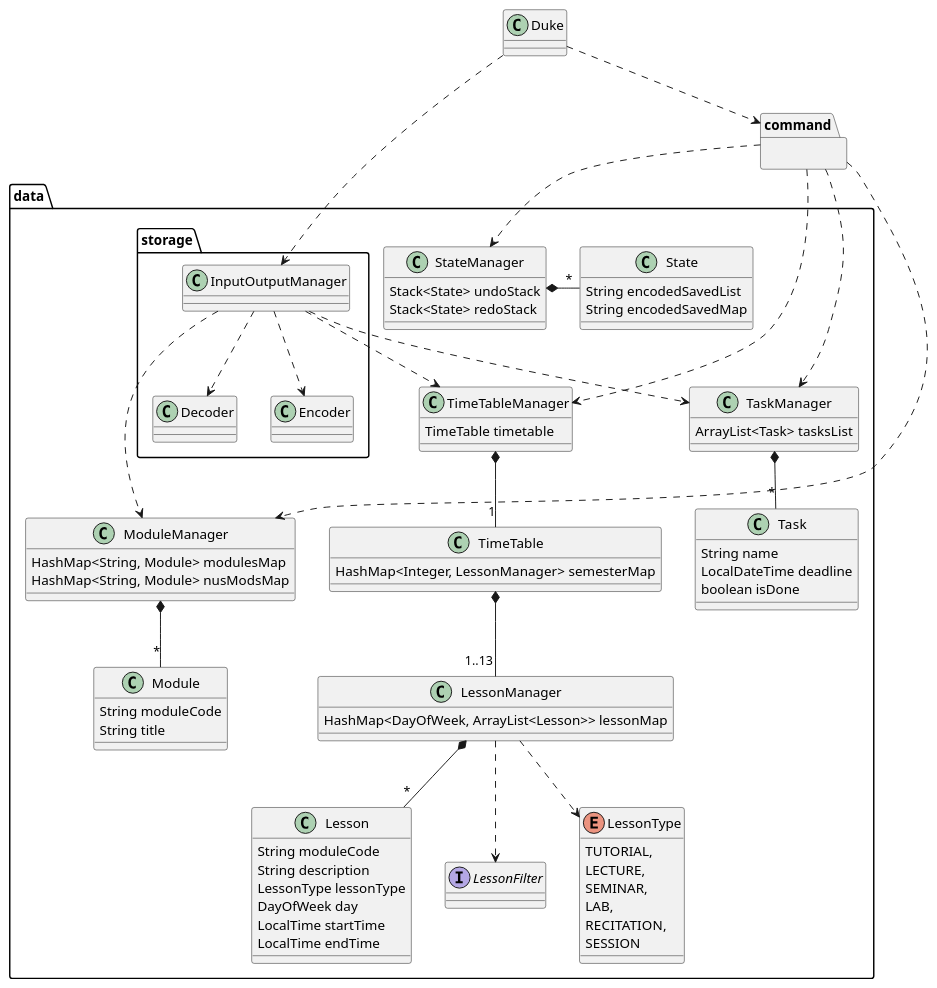
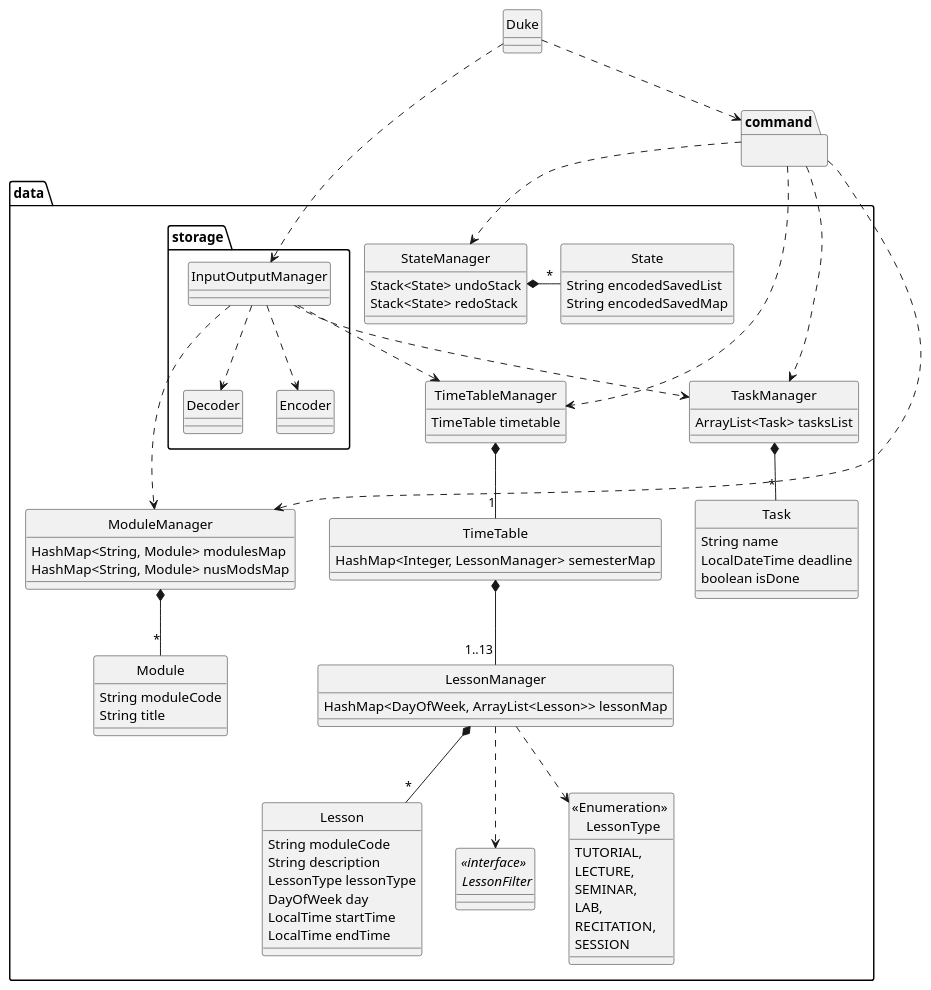
Before and after one commit to wangqinNick/tp: the diagram in docs/diagrams/UML/DataClassDiagram.puml, drawn with PlantUML. The commit also changed 9 other files, not shown here.

Commit message:
Amend class diagrams to remove the circle

```diff
--- a/docs/diagrams/UML/DataClassDiagram.puml
+++ b/docs/diagrams/UML/DataClassDiagram.puml
@@ -1,89 +1,92 @@
 @startuml
+
+hide circle
+skinparam classAttributeIconSize 0
 
     package data {
     package storage {
         class InputOutputManager
         class Decoder
         class Encoder
 
         InputOutputManager ..> Decoder
         InputOutputManager ..> Encoder
     }
 
     class Module {
         String moduleCode
         String title
     }
     class ModuleManager {
         HashMap<String, Module> modulesMap
         HashMap<String, Module> nusModsMap
     }
     ModuleManager *-- "*"  Module
     InputOutputManager ...> ModuleManager
 
     class TimeTable {
         HashMap<Integer, LessonManager> semesterMap
     }
     class TimeTableManager {
         TimeTable timetable
     }
     TimeTableManager *-- "1" TimeTable
     TimeTable *-- "1..13" LessonManager
 
     class Task {
         String name
         LocalDateTime deadline
         boolean isDone
     }
     class TaskManager {
         ArrayList<Task> tasksList
     }
     TaskManager *-- "*" Task
     InputOutputManager ..> TaskManager
 
     class State {
         String encodedSavedList
         String encodedSavedMap
     }
     class StateManager {
         Stack<State> undoStack
         Stack<State> redoStack
     }
     StateManager *- "*" State
 
     class Lesson {
         String moduleCode
         String description
         LessonType lessonType
         DayOfWeek day
         LocalTime startTime
         LocalTime endTime
     }
     class LessonManager {
         HashMap<DayOfWeek, ArrayList<Lesson>> lessonMap
     }
-    interface LessonFilter
-    enum LessonType {
+    interface "<<interface>> \n LessonFilter"
+    enum "<<Enumeration>> \n LessonType" {
         TUTORIAL,
         LECTURE,
         SEMINAR,
         LAB,
         RECITATION,
         SESSION
     }
     LessonManager *-- "*"  Lesson
-    LessonManager ..> LessonType
-    LessonManager ..> LessonFilter
+    LessonManager ..> "<<Enumeration>> \n LessonType"
+    LessonManager ..> "<<interface>> \n LessonFilter"
     InputOutputManager ..> TimeTableManager
 }
 package command{
 }
 class Duke
 Duke ..> command
 Duke ..> InputOutputManager
 command ..> TimeTableManager
 command ..> TaskManager
 command ..> ModuleManager
 command ..> StateManager
 
 @enduml
```
